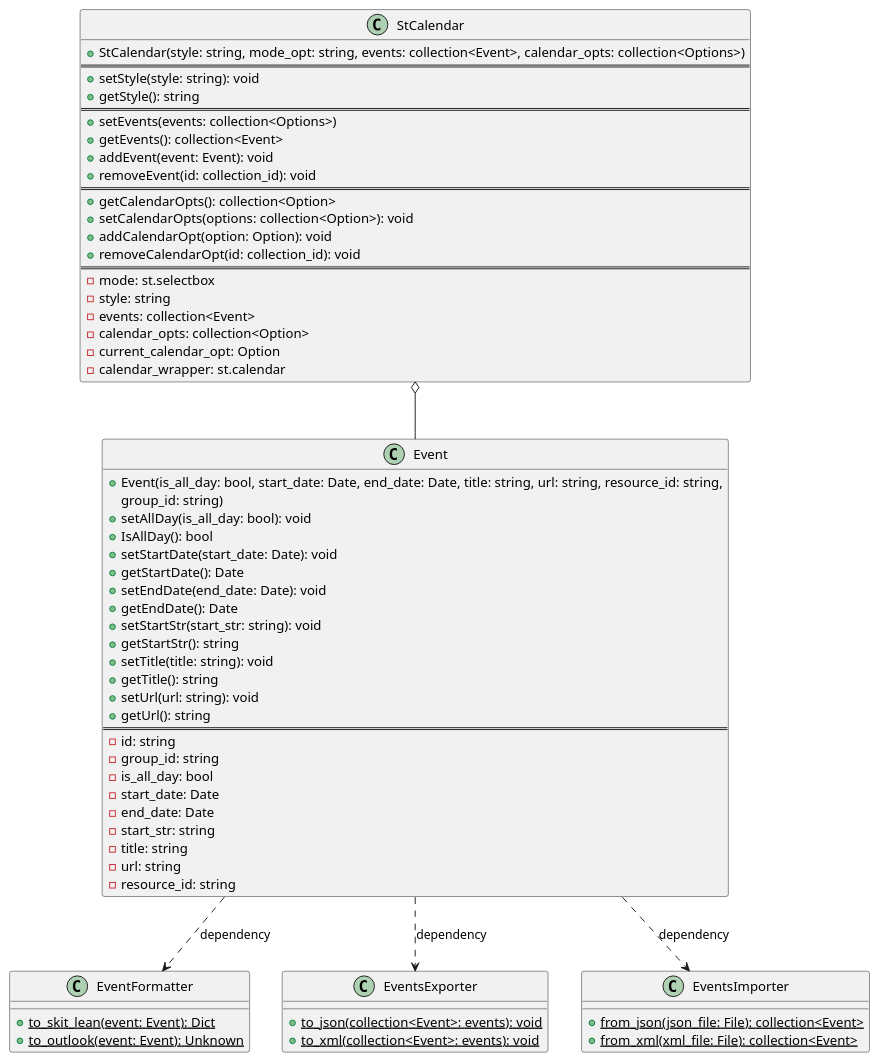
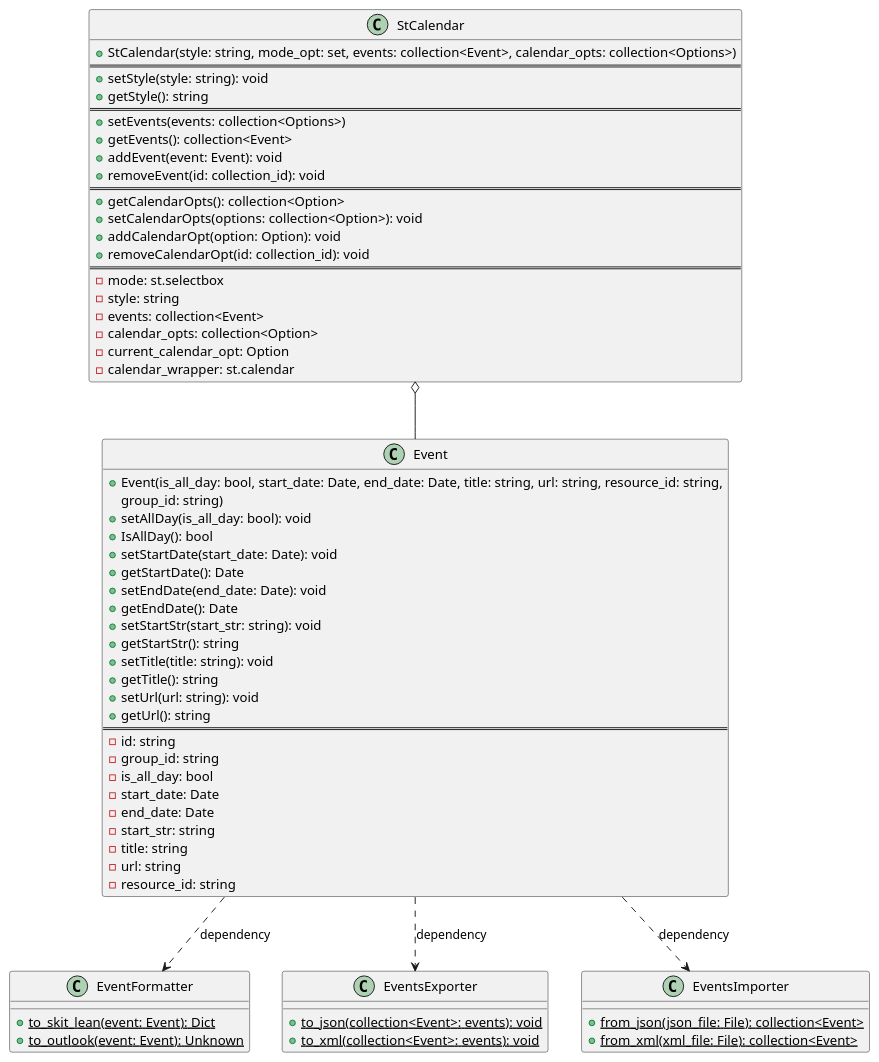
The diagram in uml-diagram/chronastra.puml (SirArt25/Chronastra), drawn with PlantUML before and after one commit. The commit also changed 4 other files, not shown here.

```diff
--- a/uml-diagram/chronastra.puml
+++ b/uml-diagram/chronastra.puml
@@ -1,73 +1,73 @@
 @startuml
 class Event{
     + Event(is_all_day: bool, start_date: Date, end_date: Date, title: string, url: string, resource_id: string,
         group_id: string)
     + setAllDay(is_all_day: bool): void
     + IsAllDay(): bool
     + setStartDate(start_date: Date): void
     + getStartDate(): Date
     + setEndDate(end_date: Date): void
     + getEndDate(): Date
     + setStartStr(start_str: string): void
     + getStartStr(): string
     + setTitle(title: string): void
     + getTitle(): string
     + setUrl(url: string): void
     + getUrl(): string
     ===
     - id: string
     - group_id: string
     - is_all_day: bool
     - start_date: Date
     - end_date: Date
     - start_str: string
     - title: string
     - url: string
     - resource_id: string
 }
 
 
 class EventFormatter{
     {static} + to_skit_lean(event: Event): Dict
     {static} + to_outlook(event: Event): Unknown
 }
 
 class EventsExporter{
     {static} + to_json(collection<Event>: events): void
     {static} + to_xml(collection<Event>: events): void
 }
 
 class EventsImporter{
     {static} + from_json(json_file: File): collection<Event>
     {static} + from_xml(xml_file: File): collection<Event>
 }
 
 class StCalendar{
-    + StCalendar(style: string, mode_opt: string, events: collection<Event>, calendar_opts: collection<Options>)
+    + StCalendar(style: string, mode_opt: set, events: collection<Event>, calendar_opts: collection<Options>)
     ===
     + setStyle(style: string): void
     + getStyle(): string
     ===
     + setEvents(events: collection<Options>)
     + getEvents(): collection<Event>
     + addEvent(event: Event): void
     + removeEvent(id: collection_id): void
     ===
     + getCalendarOpts(): collection<Option>
     + setCalendarOpts(options: collection<Option>): void
     + addCalendarOpt(option: Option): void
     + removeCalendarOpt(id: collection_id): void
     ===
     - mode: st.selectbox
     - style: string
     - events: collection<Event>
     - calendar_opts: collection<Option>
     - current_calendar_opt: Option
     - calendar_wrapper: st.calendar
 }
 
 StCalendar o-- Event
 Event ..> EventFormatter : dependency
 Event ..> EventsExporter : dependency
 Event ..> EventsImporter : dependency
 @enduml
```
